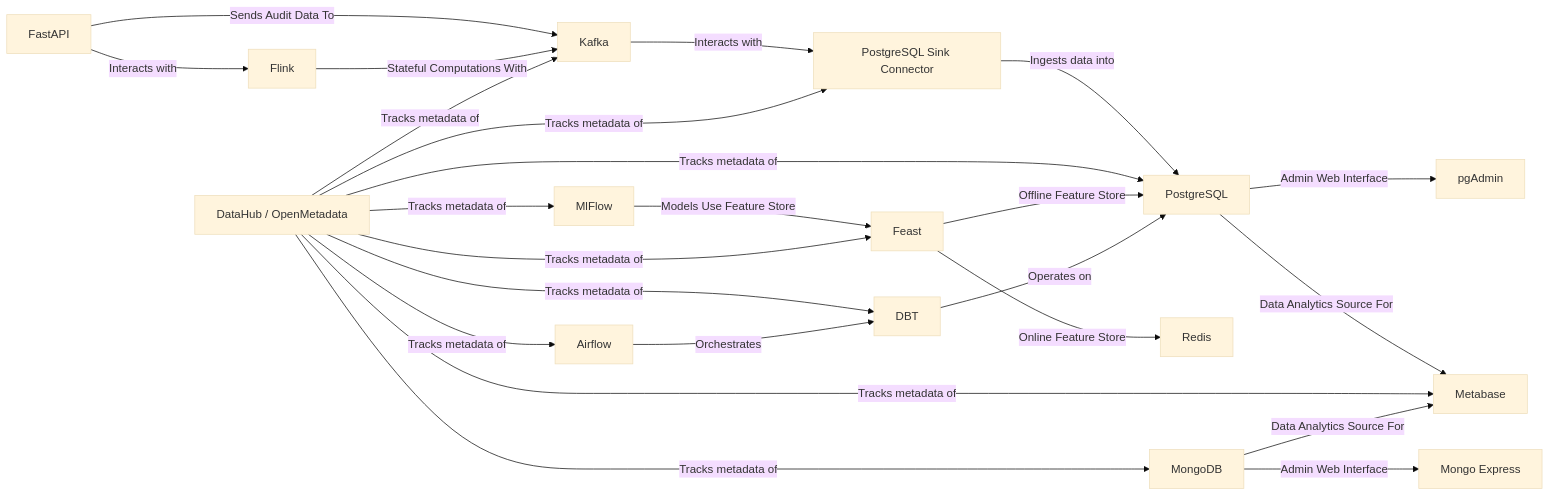
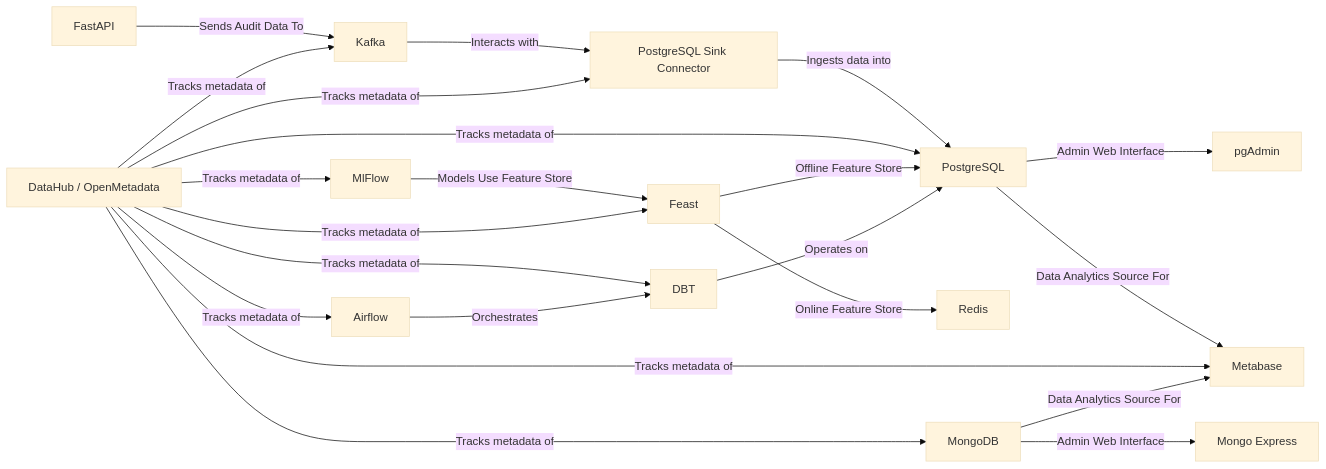
One commit to Foehammer82/tech-terrarium changed the diagram in docs/README.md. Above: the diagram before and after it, drawn with Mermaid (base theme). The commit also changed other lines of this file and 17 other files, not shown here.

````diff
--- a/docs/README.md
+++ b/docs/README.md
@@ -30,26 +30,24 @@
 ```mermaid
 graph LR
     A[FastAPI] -->|Sends Audit Data To| B[Kafka]
-    C[Flink] -->|Stateful Computations With| B
     B -->|Interacts with| D[PostgreSQL Sink Connector]
     D -->|Ingests data into| E[PostgreSQL]
     E -->|Admin Web Interface| F[pgAdmin]
     Q -->|Tracks metadata of| E
     G[Feast] -->|Offline Feature Store| E
     G -->|Online Feature Store| V[Redis]
     E -->|Data Analytics Source For| H[Metabase]
     T[MlFlow] -->|Models Use Feature Store| G
     Q[DataHub / OpenMetadata] -->|Tracks metadata of| I[MongoDB]
     Q -->|Tracks metadata of| H
     Q -->|Tracks metadata of| O[Airflow]
     Q -->|Tracks metadata of| T
     Q -->|Tracks metadata of| D
     Q -->|Tracks metadata of| B
     Q -->|Tracks metadata of| P[DBT]
     Q -->|Tracks metadata of| G
     O -->|Orchestrates| P
     P -->|Operates on| E
-    A -->|Interacts with| C
     I -->|Admin Web Interface| J[Mongo Express]
     I -->|Data Analytics Source For| H
 ```
````
